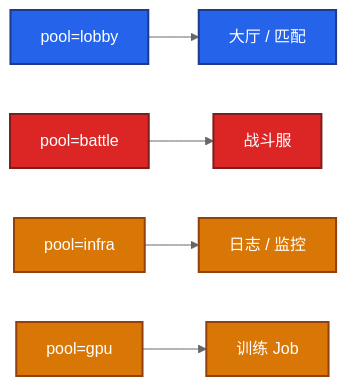
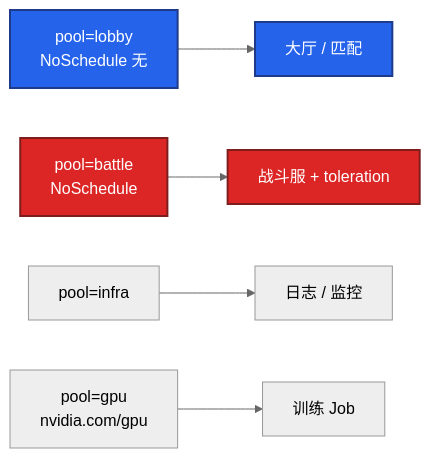
Before and after one commit to ml-cuizijun/LearnToLilith: the third of 4 diagrams in 04-Kubernetes/06-调度机制/知识点.md, drawn with Mermaid (neutral theme). The commit also changed other lines of this file and 107 other files, not shown here.

````diff
--- a/04-Kubernetes/06-调度机制/知识点.md
+++ b/04-Kubernetes/06-调度机制/知识点.md
@@ -314,14 +449,12 @@
 ```mermaid
 flowchart LR
-    lobby[pool=lobby] --> hall[大厅 / 匹配]
-    battle[pool=battle] --> logic[战斗服]
+    lobby[pool=lobby<br/>NoSchedule 无] --> hall[大厅 / 匹配]
+    battle[pool=battle<br/>NoSchedule] --> logic[战斗服 + toleration]
     infra[pool=infra] --> log[日志 / 监控]
-    gpu[pool=gpu] --> job[训练 Job]
+    gpu[pool=gpu<br/>nvidia.com/gpu] --> job[训练 Job]
 
     classDef a fill:#2563EB,stroke:#1E3A8A,stroke-width:2px,color:#fff
     classDef b fill:#DC2626,stroke:#7F1D1D,stroke-width:2px,color:#fff
-    classDef c fill:#D97706,stroke:#92400E,stroke-width:2px,color:#fff
     class lobby,hall a
     class battle,logic b
-    class infra,log,gpu,job c
 ```
````
